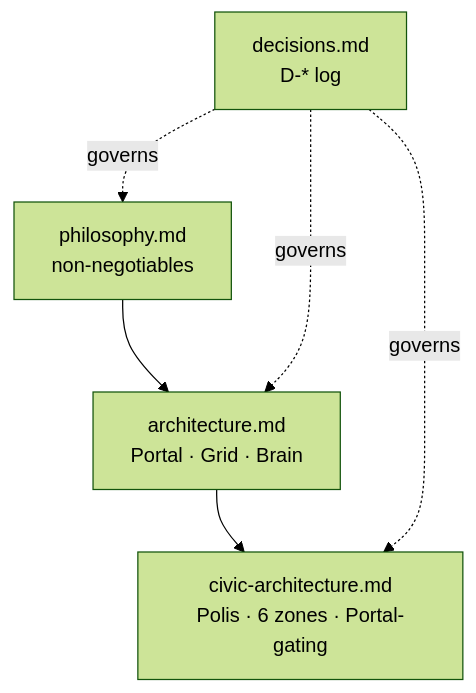
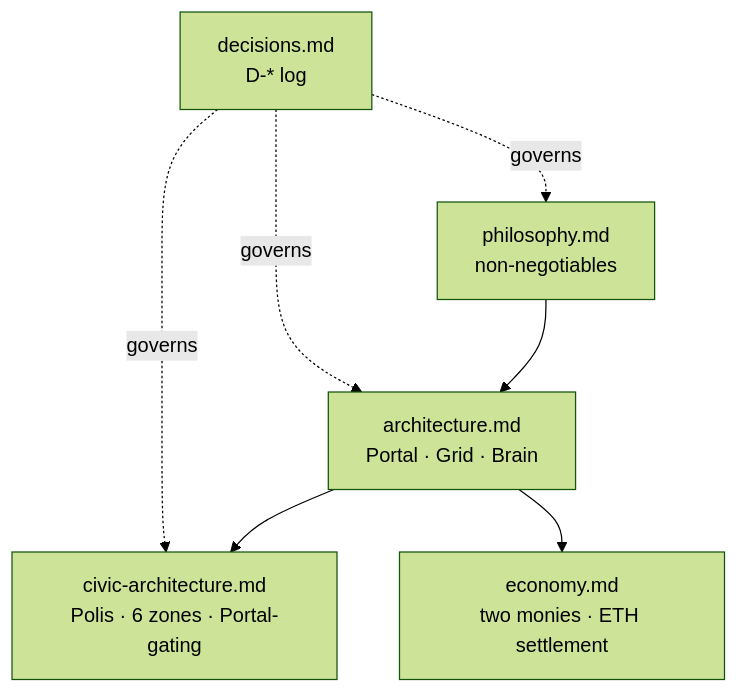
One commit to ASKKPOP/Noesis changed the diagram in wiki/1-design/index.md. Above: the diagram before and after it, drawn with Mermaid (forest theme). The commit also changed other lines of this file and 10 other files, not shown here.

````diff
--- a/wiki/1-design/index.md
+++ b/wiki/1-design/index.md
@@ -15,8 +15,9 @@
 ```mermaid
 flowchart TD
   PH[philosophy.md<br/>non-negotiables] --> AR[architecture.md<br/>Portal · Grid · Brain]
   AR --> CA[civic-architecture.md<br/>Polis · 6 zones · Portal-gating]
+  AR --> EC[economy.md<br/>two monies · ETH settlement]
   DE[decisions.md<br/>D-* log] -. governs .-> PH
   DE -. governs .-> AR
   DE -. governs .-> CA
 ```
````
